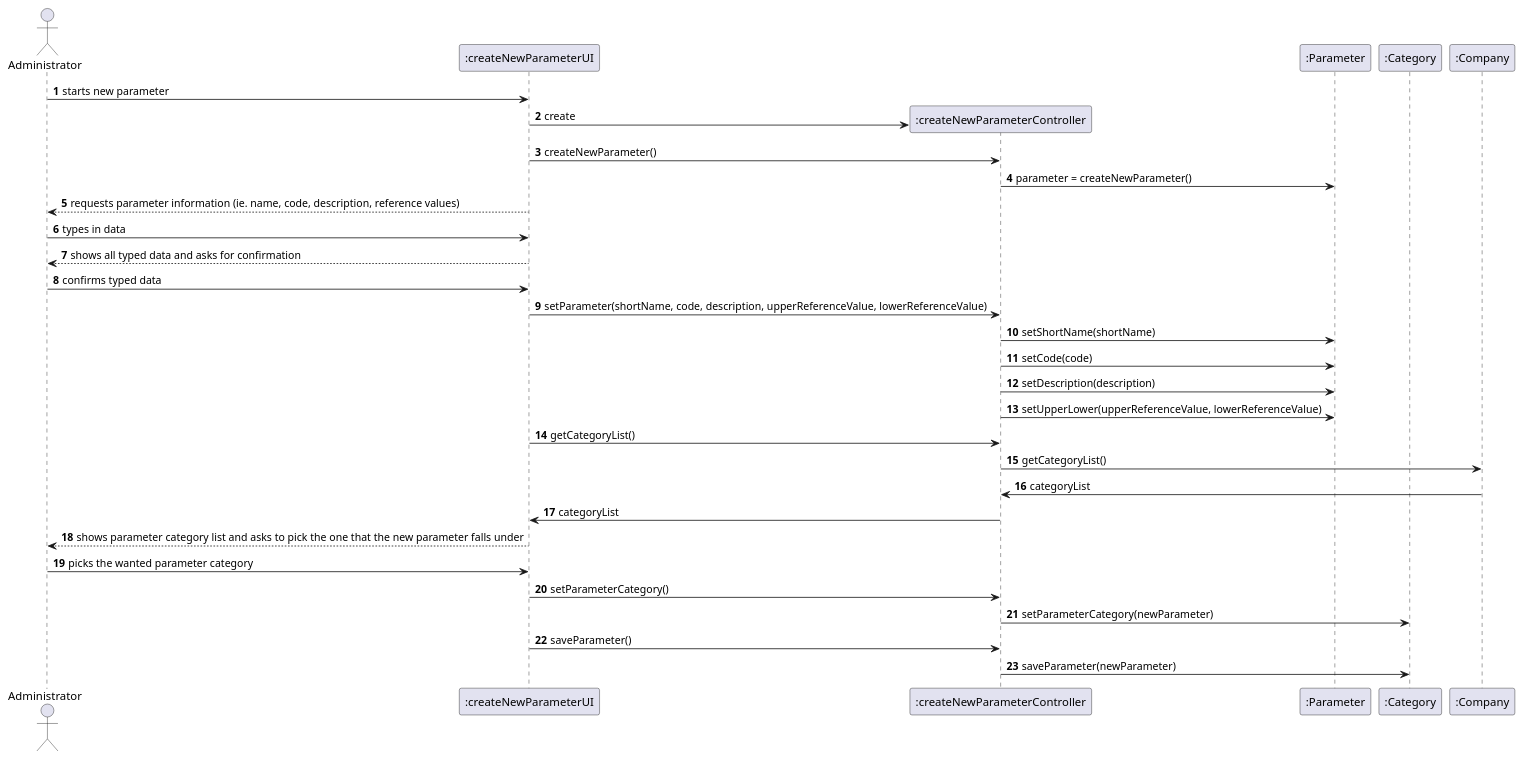
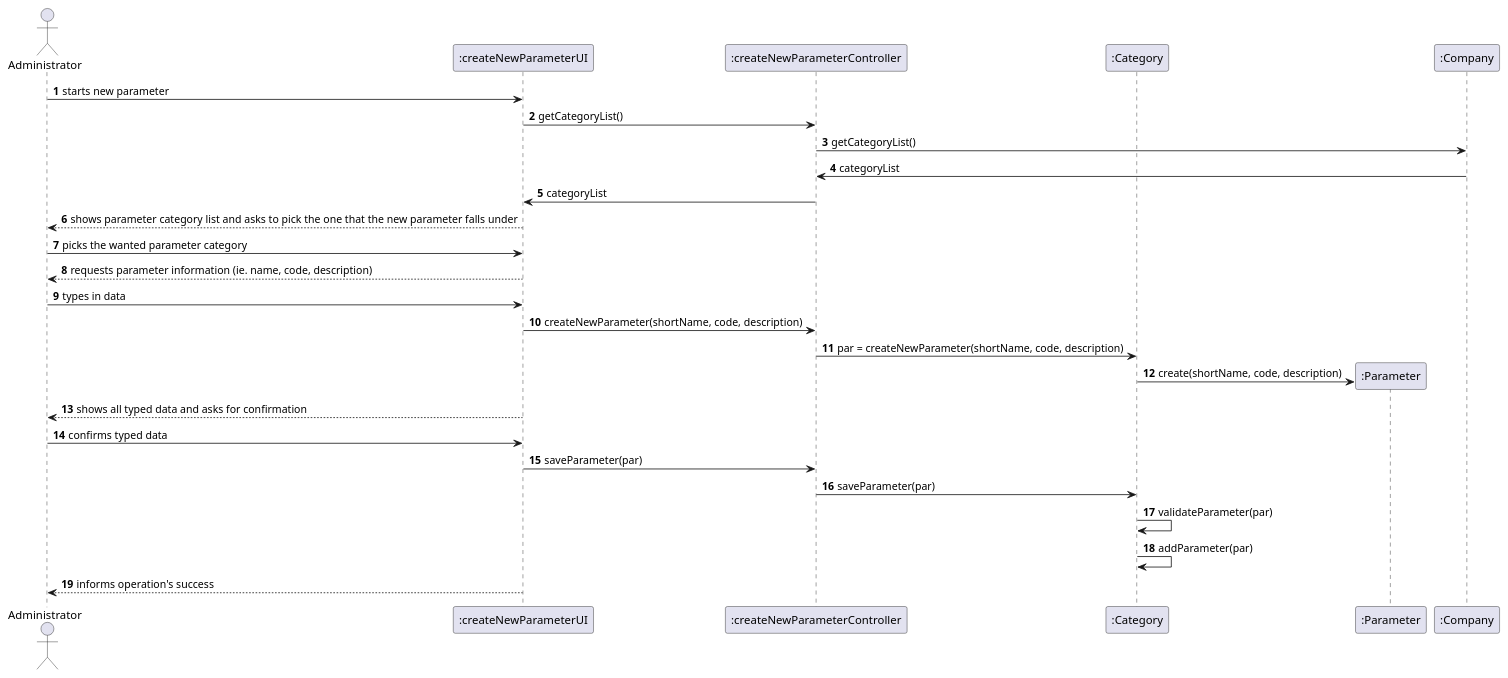
Before and after one commit to MadDinosaur/ISEP-LAPR2: the diagram in docs/SprintB/US10/US10_SD.puml, drawn with PlantUML. The commit also changed 11 other files, not shown here.

Commit message:
Altered SSD, SD, CD and CreateNewParameterController, Category, Company, Parameter and CreateNewParameterUI

```diff
--- a/docs/SprintB/US10/US10_SD.puml
+++ b/docs/SprintB/US10/US10_SD.puml
@@ -1,39 +1,33 @@
 @startuml
 
 autonumber
 
 actor Administrator as admin
 participant ":createNewParameterUI" as UI
 participant ":createNewParameterController" as Controller
+participant ":Category" as cat
 participant ":Parameter" as param
-participant ":Category" as cat
 participant ":Company" as comp
 
 admin -> UI: starts new parameter
-create Controller
-UI -> Controller: create
-UI -> Controller: createNewParameter()
-Controller -> param: parameter = createNewParameter()
-UI --> admin: requests parameter information (ie. name, code, description, reference values)
-admin -> UI: types in data
-UI --> admin: shows all typed data and asks for confirmation
-admin -> UI: confirms typed data
-UI -> Controller: setParameter(shortName, code, description, upperReferenceValue, lowerReferenceValue)
-Controller -> param: setShortName(shortName)
-Controller -> param: setCode(code)
-Controller -> param: setDescription(description)
-Controller -> param: setUpperLower(upperReferenceValue, lowerReferenceValue)
 UI -> Controller: getCategoryList()
 Controller -> comp: getCategoryList()
 comp -> Controller: categoryList
 Controller -> UI: categoryList
 UI --> admin: shows parameter category list and asks to pick the one that the new parameter falls under
 admin -> UI: picks the wanted parameter category
-UI -> Controller: setParameterCategory()
-Controller -> cat: setParameterCategory(newParameter)
-UI -> Controller: saveParameter()
-Controller -> cat: saveParameter(newParameter)
-
-
+UI --> admin: requests parameter information (ie. name, code, description)
+admin -> UI: types in data
+UI -> Controller: createNewParameter(shortName, code, description)
+Controller -> cat: par = createNewParameter(shortName, code, description)
+create param
+cat -> param: create(shortName, code, description)
+UI --> admin: shows all typed data and asks for confirmation
+admin -> UI: confirms typed data
+UI -> Controller: saveParameter(par)
+Controller -> cat: saveParameter(par)
+cat -> cat: validateParameter(par)
+cat -> cat: addParameter(par)
+UI --> admin: informs operation's success
 
 @enduml
```
